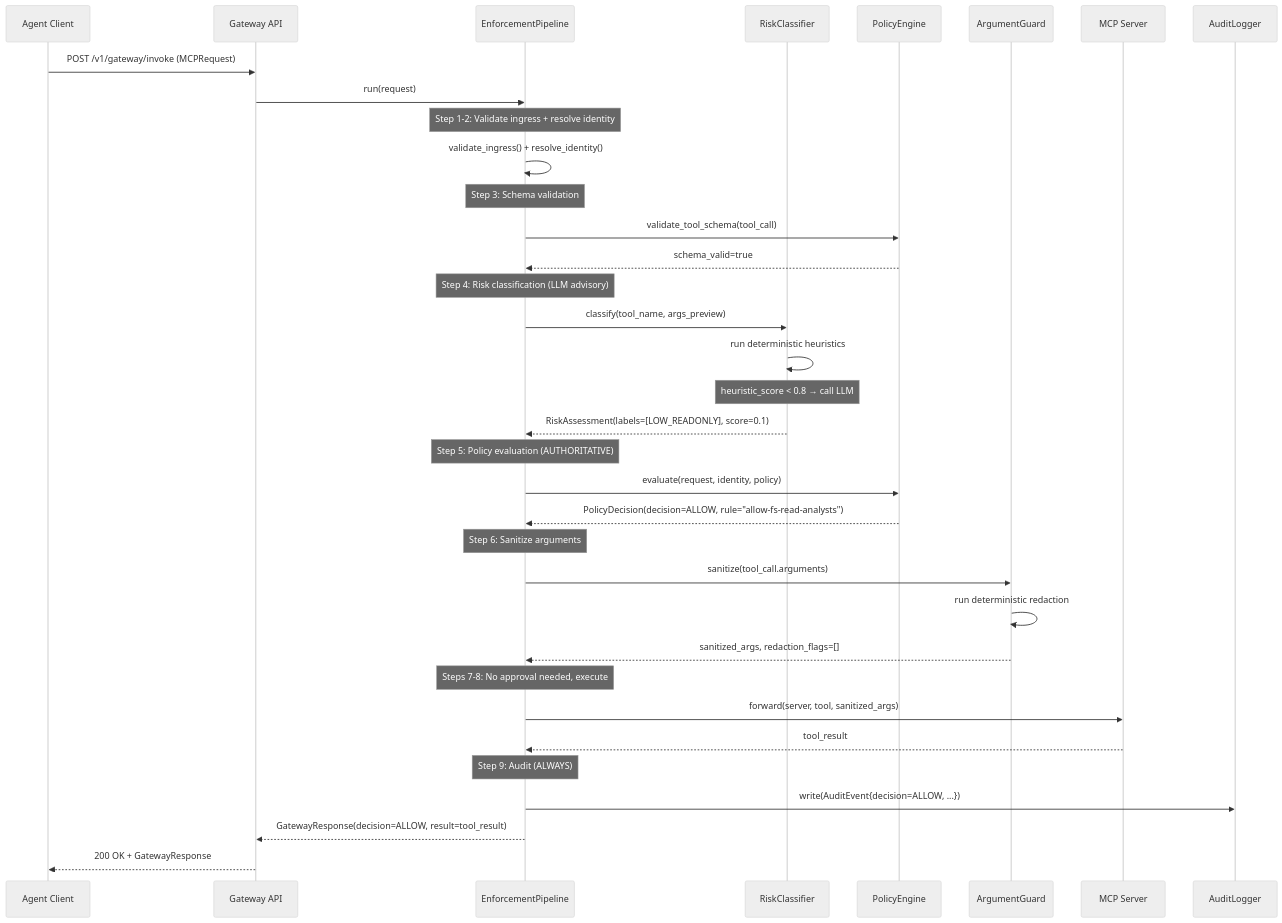
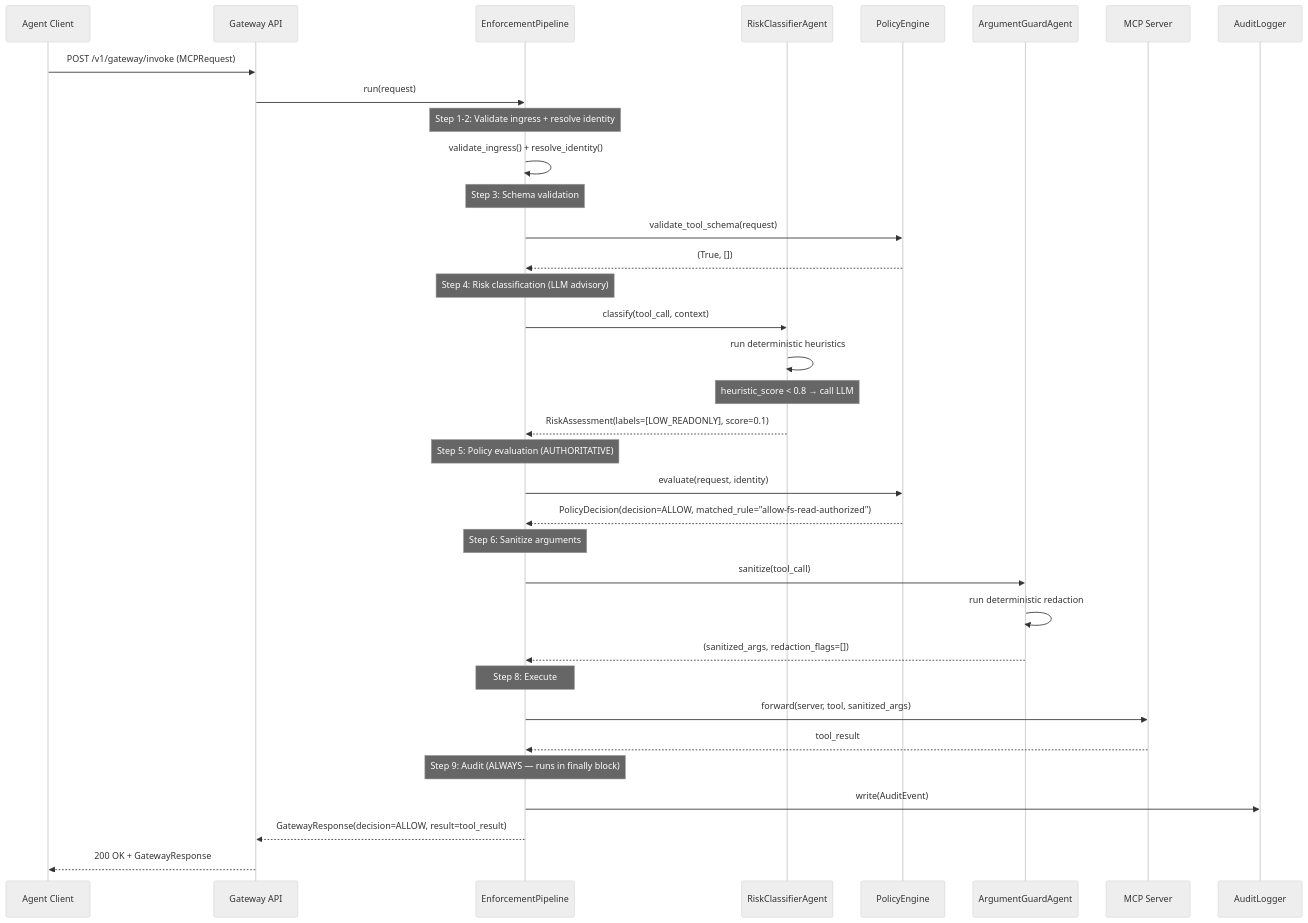
One commit to VinayakKannan4/MCP-Security-Gateway changed the first of 4 diagrams in docs/architecture/agent-interaction.md. Above: the diagram before and after it, drawn with Mermaid (neutral theme). The commit also changed other lines of this file and 4 other files, not shown here.

````diff
--- a/docs/architecture/agent-interaction.md
+++ b/docs/architecture/agent-interaction.md
@@ -5,46 +5,46 @@
 ```mermaid
 sequenceDiagram
     participant C as Agent Client
     participant G as Gateway API
     participant P as EnforcementPipeline
-    participant RC as RiskClassifier
+    participant RC as RiskClassifierAgent
     participant PE as PolicyEngine
-    participant AG as ArgumentGuard
+    participant AG as ArgumentGuardAgent
     participant MCP as MCP Server
     participant AL as AuditLogger
 
     C->>G: POST /v1/gateway/invoke (MCPRequest)
     G->>P: run(request)
 
     Note over P: Step 1-2: Validate ingress + resolve identity
     P->>P: validate_ingress() + resolve_identity()
 
     Note over P: Step 3: Schema validation
-    P->>PE: validate_tool_schema(tool_call)
-    PE-->>P: schema_valid=true
+    P->>PE: validate_tool_schema(request)
+    PE-->>P: (True, [])
 
     Note over P: Step 4: Risk classification (LLM advisory)
-    P->>RC: classify(tool_name, args_preview)
+    P->>RC: classify(tool_call, context)
     RC->>RC: run deterministic heuristics
     Note over RC: heuristic_score < 0.8 → call LLM
     RC-->>P: RiskAssessment(labels=[LOW_READONLY], score=0.1)
 
     Note over P: Step 5: Policy evaluation (AUTHORITATIVE)
-    P->>PE: evaluate(request, identity, policy)
-    PE-->>P: PolicyDecision(decision=ALLOW, rule="allow-fs-read-analysts")
+    P->>PE: evaluate(request, identity)
+    PE-->>P: PolicyDecision(decision=ALLOW, matched_rule="allow-fs-read-authorized")
 
     Note over P: Step 6: Sanitize arguments
-    P->>AG: sanitize(tool_call.arguments)
+    P->>AG: sanitize(tool_call)
     AG->>AG: run deterministic redaction
-    AG-->>P: sanitized_args, redaction_flags=[]
+    AG-->>P: (sanitized_args, redaction_flags=[])
 
-    Note over P: Steps 7-8: No approval needed, execute
+    Note over P: Step 8: Execute
     P->>MCP: forward(server, tool, sanitized_args)
     MCP-->>P: tool_result
 
-    Note over P: Step 9: Audit (ALWAYS)
-    P->>AL: write(AuditEvent{decision=ALLOW, ...})
+    Note over P: Step 9: Audit (ALWAYS — runs in finally block)
+    P->>AL: write(AuditEvent)
 
     P-->>G: GatewayResponse(decision=ALLOW, result=tool_result)
     G-->>C: 200 OK + GatewayResponse
 ```
````
